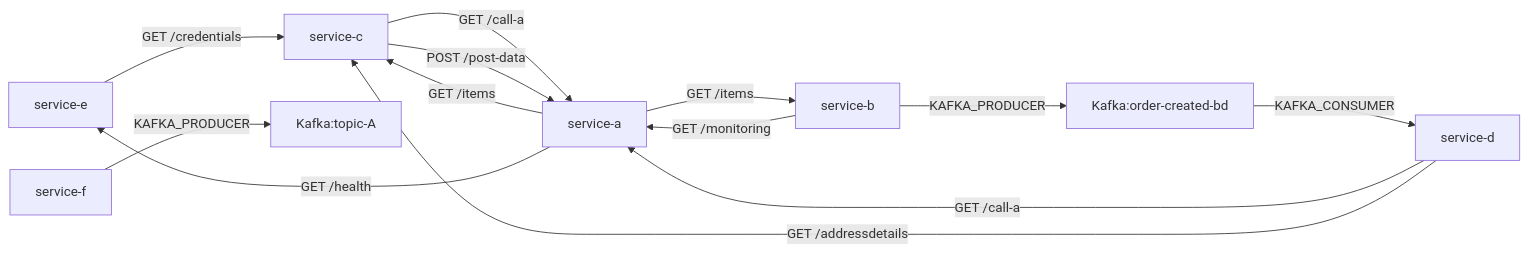
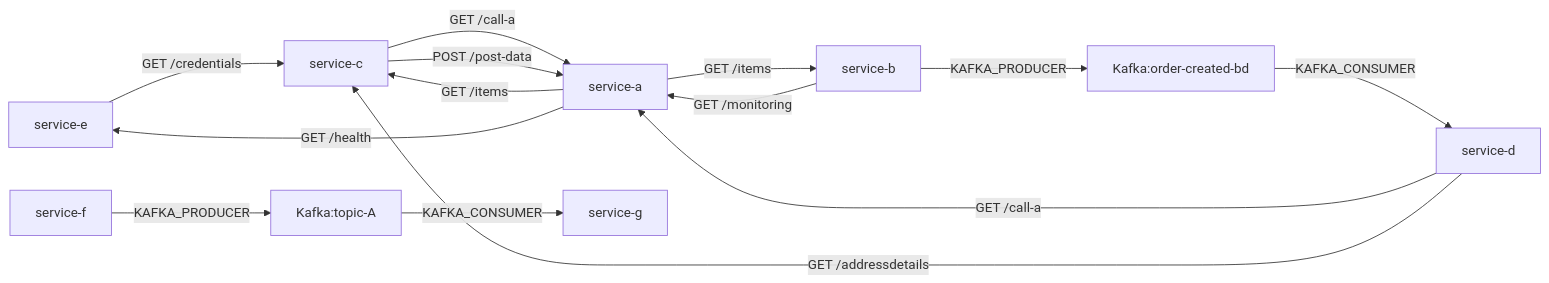
One commit to lokesh0507/First_project changed the diagram in output/deps.md. Above: the diagram before and after it, drawn with Mermaid.

Commit message:
Auto-update dependency graph

````diff
--- a/output/deps.md
+++ b/output/deps.md
@@ -1,15 +1,16 @@
 ```mermaid
 graph LR
   service-e -->|GET /credentials| service-c
   service-d -->|GET /call-a| service-a
   service-d -->|GET /addressdetails| service-c
   Kafka:order-created-bd -->|KAFKA_CONSUMER| service-d
   service-a -->|GET /items| service-b
   service-a -->|GET /items| service-c
   service-a -->|GET /health| service-e
   service-c -->|GET /call-a| service-a
   service-c -->|POST /post-data| service-a
   service-b -->|GET /monitoring| service-a
   service-b -->|KAFKA_PRODUCER| Kafka:order-created-bd
+  Kafka:topic-A -->|KAFKA_CONSUMER| service-g
   service-f -->|KAFKA_PRODUCER| Kafka:topic-A
 ```
````
